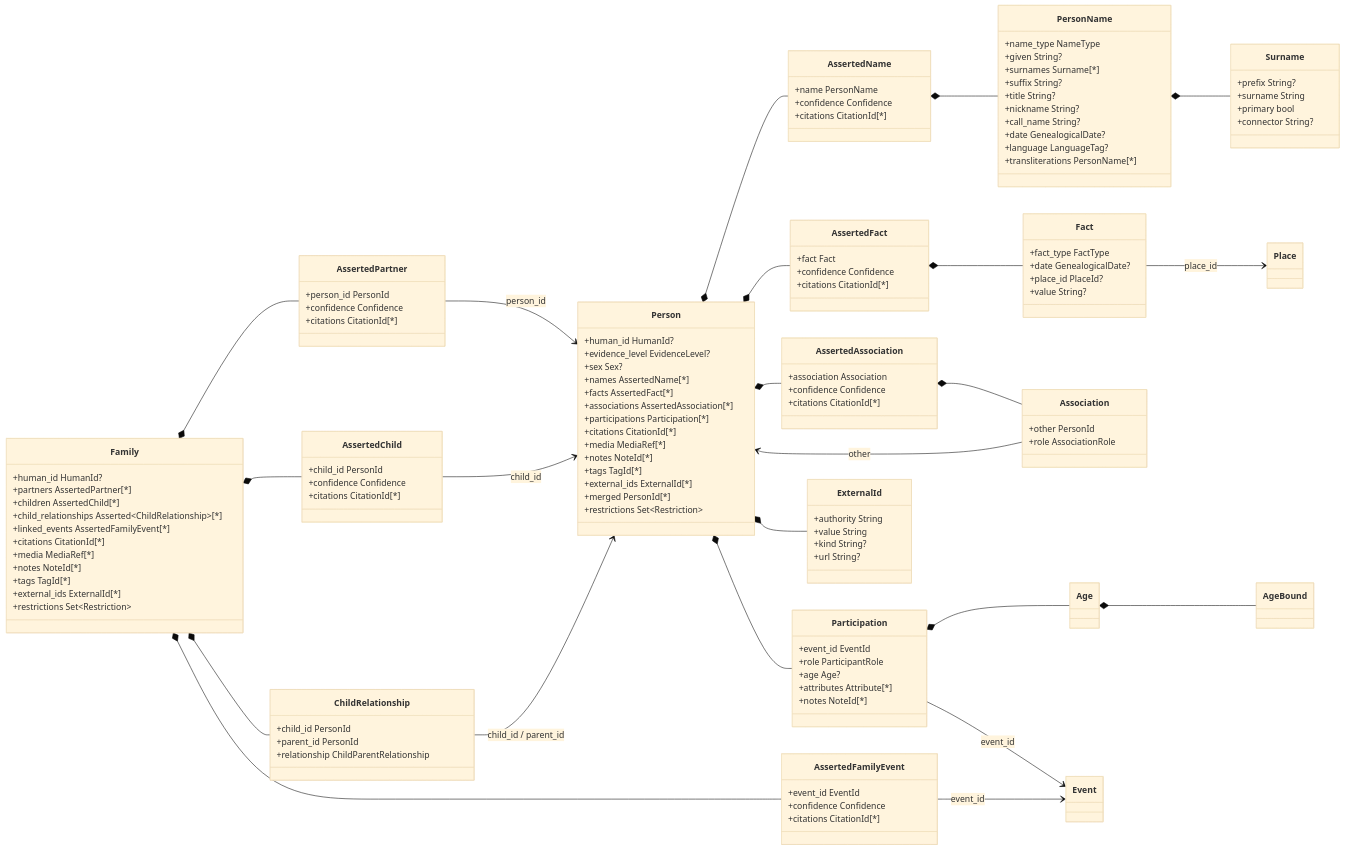
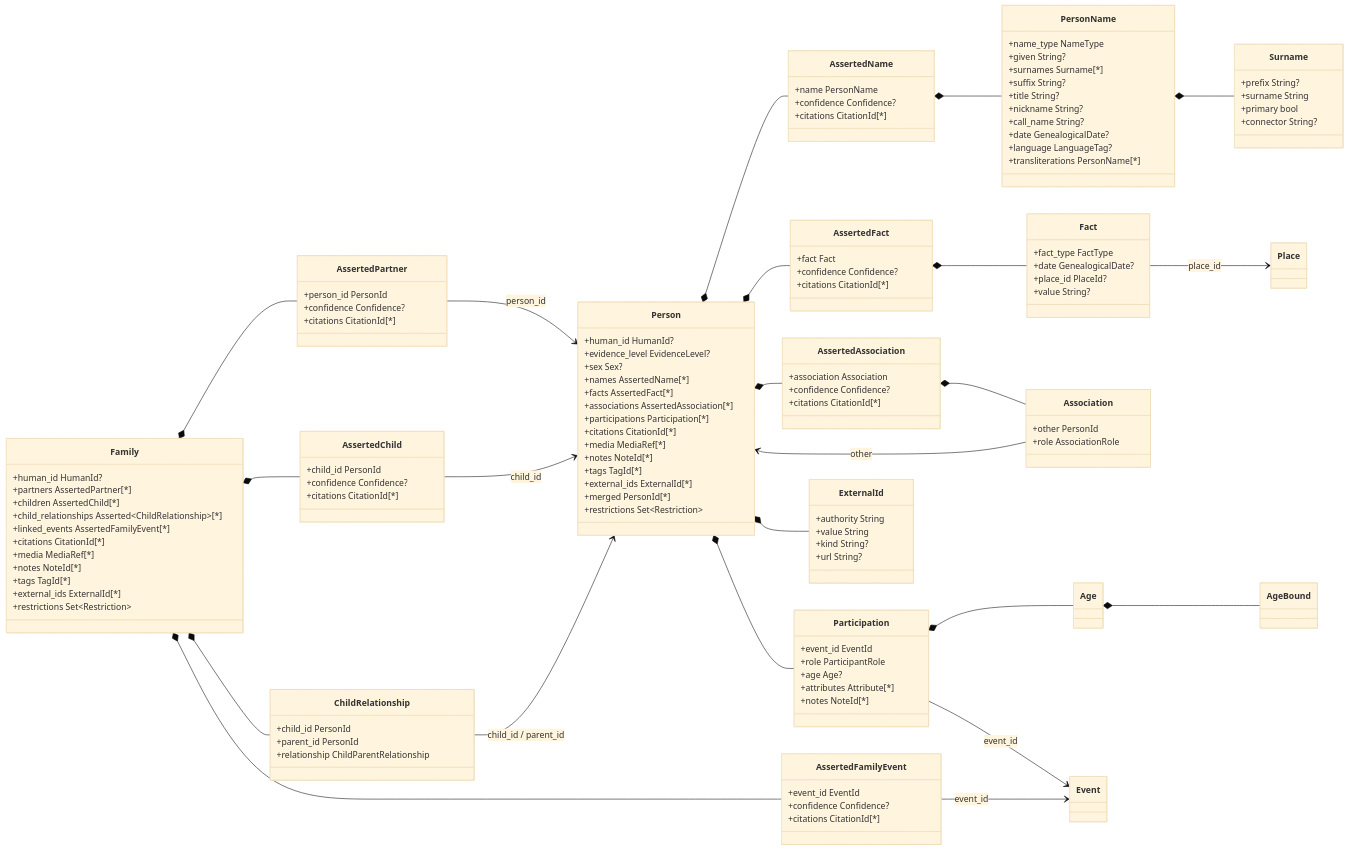
One commit to magne/vitni changed the third of 7 diagrams in docs/data-model-diagram.md. Above: the diagram before and after it, drawn with Mermaid (base theme). The commit also changed other lines of this file and 3 other files, not shown here.

```diff
--- a/docs/data-model-diagram.md
+++ b/docs/data-model-diagram.md
@@ -191,7 +193,7 @@
     }
     class AssertedName {
         +name PersonName
-        +confidence Confidence
+        +confidence Confidence?
         +citations CitationId[*]
     }
     class PersonName {
@@ -214,7 +216,7 @@
     }
     class AssertedFact {
         +fact Fact
-        +confidence Confidence
+        +confidence Confidence?
         +citations CitationId[*]
     }
     class Fact {
@@ -225,7 +227,7 @@
     }
     class AssertedAssociation {
         +association Association
-        +confidence Confidence
+        +confidence Confidence?
         +citations CitationId[*]
     }
     class Association {
@@ -261,12 +263,12 @@
     }
     class AssertedPartner {
         +person_id PersonId
-        +confidence Confidence
+        +confidence Confidence?
         +citations CitationId[*]
     }
     class AssertedChild {
         +child_id PersonId
-        +confidence Confidence
+        +confidence Confidence?
         +citations CitationId[*]
     }
     class ChildRelationship {
@@ -276,7 +278,7 @@
     }
     class AssertedFamilyEvent {
         +event_id EventId
-        +confidence Confidence
+        +confidence Confidence?
         +citations CitationId[*]
     }
 
```
